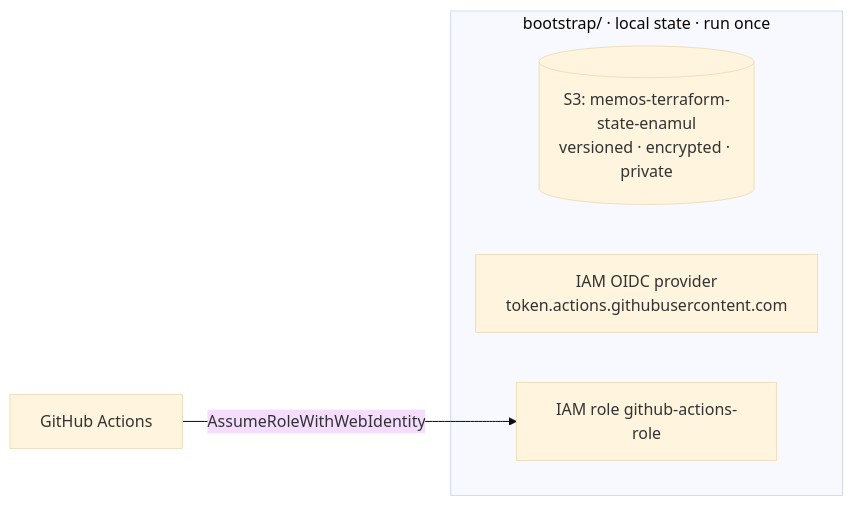
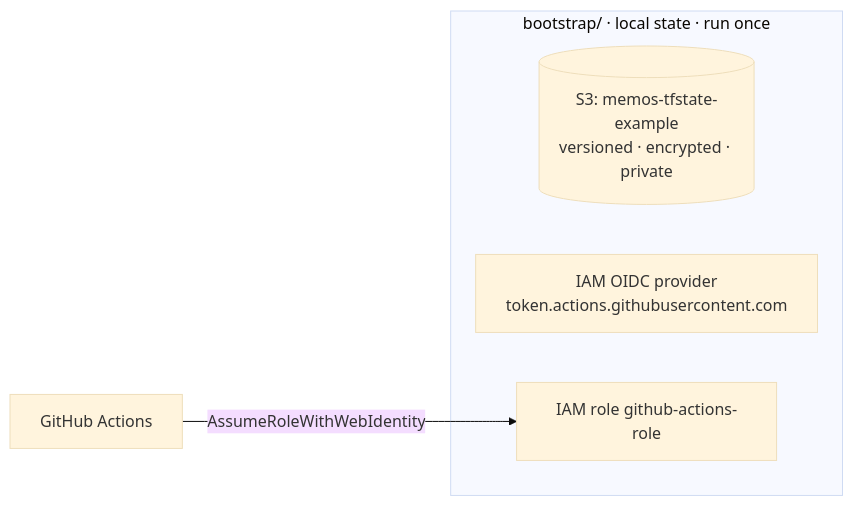
Before and after one commit to EnamulRahman/doomscrolling-app-devops: the fifth of 16 diagrams in content/lab.md, drawn with Mermaid (base theme). The commit also changed other lines of this file and 36 other files, not shown here.

First line of the commit message:
Make the course generic, with Memos as a worked example

````diff
--- a/content/lab.md
+++ b/content/lab.md
@@ -263,9 +265,9 @@
 ```mermaid
 flowchart LR
   subgraph BOOT["bootstrap/ · local state · run once"]
-    S3[("S3: memos-terraform-state-enamul<br/>versioned · encrypted · private")]
+    S3[("S3: memos-tfstate-example<br/>versioned · encrypted · private")]
     OIDC["IAM OIDC provider<br/>token.actions.githubusercontent.com"]
     ROLE["IAM role github-actions-role"]
   end
   GHA[GitHub Actions] -->|"AssumeRoleWithWebIdentity"| ROLE
 ```
````
